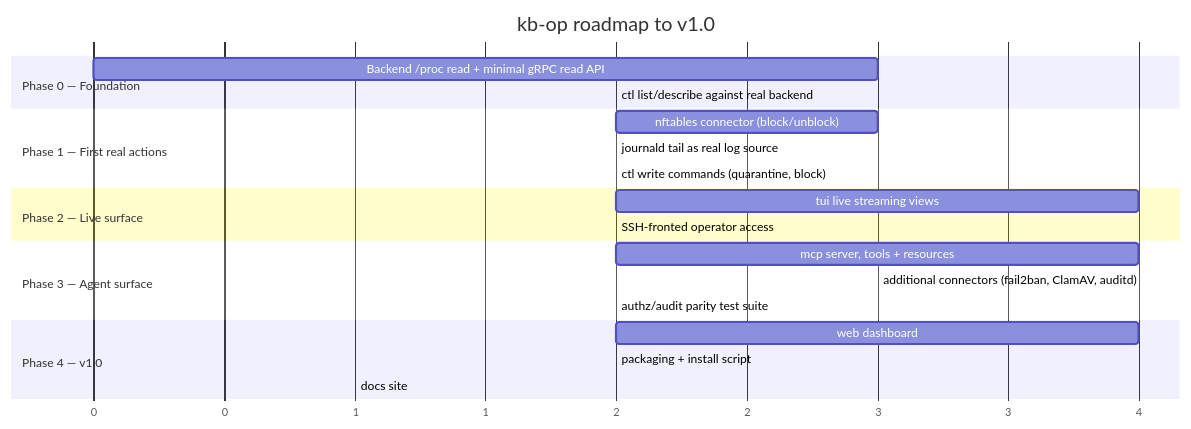
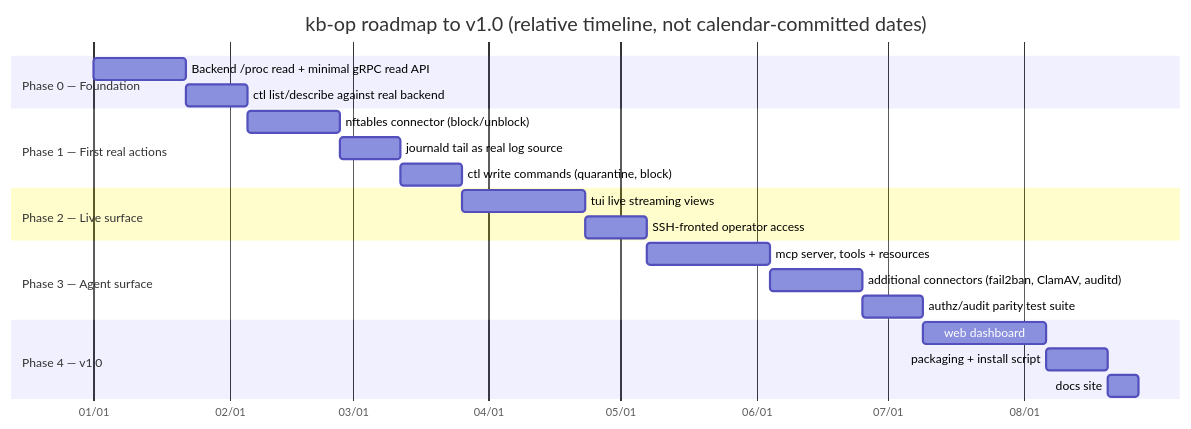
One commit to pardhuvarmax/kernel-borderlands changed the seventh of 7 diagrams in docs/emergency-backup/kb-op.md. Above: the diagram before and after it, drawn with Mermaid. The commit also changed 2 other files, not shown here.

Commit message:
i love my team.

````diff
--- a/docs/emergency-backup/kb-op.md
+++ b/docs/emergency-backup/kb-op.md
@@ -927,24 +927,24 @@
 ```mermaid
 gantt
-    title kb-op roadmap to v1.0
-    dateFormat  X
-    axisFormat %s
+    title kb-op roadmap to v1.0 (relative timeline, not calendar-committed dates)
+    dateFormat YYYY-MM-DD
+    axisFormat %m/%d
     section Phase 0 — Foundation
-    Backend /proc read + minimal gRPC read API      :p0, 0, 3
-    ctl list/describe against real backend           :p0b, after p0, 2
+    Backend /proc read + minimal gRPC read API      :p0, 2025-01-01, 3w
+    ctl list/describe against real backend           :p0b, after p0, 2w
     section Phase 1 — First real actions
-    nftables connector (block/unblock)                :p1, after p0b, 3
-    journald tail as real log source                  :p1b, after p1, 2
-    ctl write commands (quarantine, block)             :p1c, after p1b, 2
+    nftables connector (block/unblock)                :p1, after p0b, 3w
+    journald tail as real log source                  :p1b, after p1, 2w
+    ctl write commands (quarantine, block)             :p1c, after p1b, 2w
     section Phase 2 — Live surface
-    tui live streaming views                          :p2, after p1c, 4
-    SSH-fronted operator access                        :p2b, after p2, 2
+    tui live streaming views                          :p2, after p1c, 4w
+    SSH-fronted operator access                        :p2b, after p2, 2w
     section Phase 3 — Agent surface
-    mcp server, tools + resources                      :p3, after p2b, 4
-    additional connectors (fail2ban, ClamAV, auditd)    :p3b, after p3, 3
-    authz/audit parity test suite                       :p3c, after p3b, 2
+    mcp server, tools + resources                      :p3, after p2b, 4w
+    additional connectors (fail2ban, ClamAV, auditd)    :p3b, after p3, 3w
+    authz/audit parity test suite                       :p3c, after p3b, 2w
     section Phase 4 — v1.0
-    web dashboard                                       :p4, after p3c, 4
-    packaging + install script                          :p4b, after p4, 2
-    docs site                                            :p4c, after p4b, 1
+    web dashboard                                       :p4, after p3c, 4w
+    packaging + install script                          :p4b, after p4, 2w
+    docs site                                            :p4c, after p4b, 1w
 ```
````
